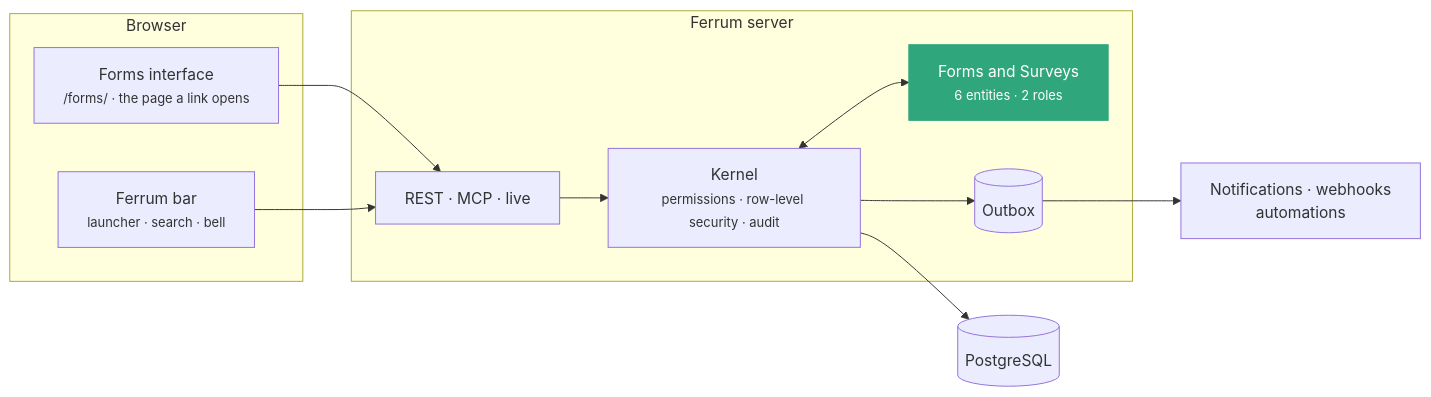
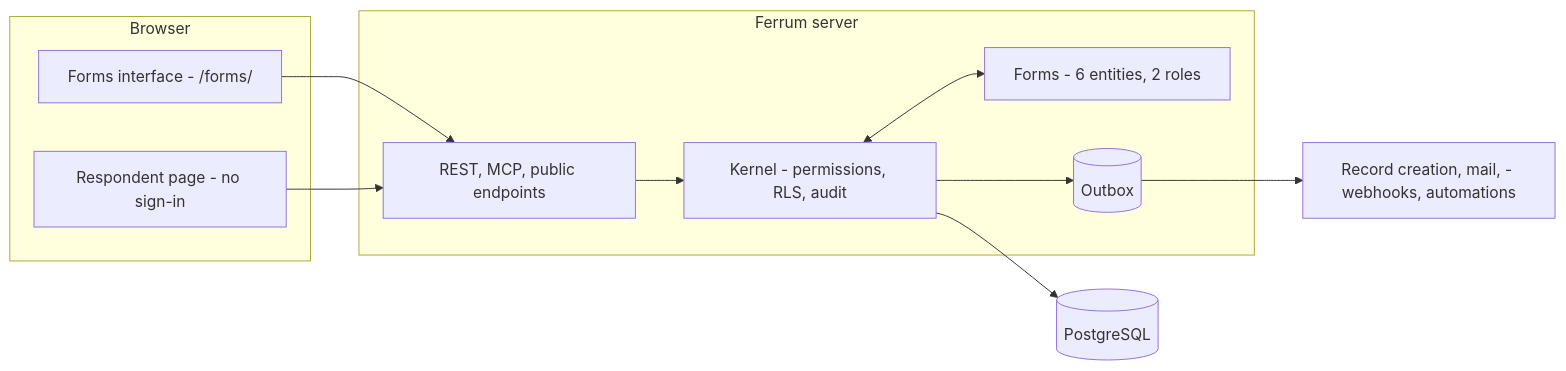
The second of 2 diagrams in README.md (CBFerrum/ferrum-app-forms), drawn with Mermaid before and after one commit. The commit also changed other lines of this file and 16 other files, not shown here.

First line of the commit message:
docs: end-to-end README with screenshots, features, comparison and roadmap

````diff
--- a/README.md
+++ b/README.md
@@ -137,21 +181,18 @@
 ```mermaid
 flowchart LR
     subgraph Browser
-        UI["Forms interface<br/><small>/forms/ · the page a link opens</small>"]
-        BAR["Ferrum bar<br/><small>launcher · search · bell</small>"]
+        UI["Forms interface - /forms/"]
+        RP["Respondent page - no sign-in"]
     end
     subgraph Server["Ferrum server"]
-        API["REST · MCP · live"]
-        K["Kernel<br/><small>permissions · row-level security · audit</small>"]
-        APP["Forms and Surveys<br/><small>6 entities · 2 roles</small>"]
+        API["REST, MCP, public endpoints"]
+        K["Kernel - permissions, RLS, audit"]
+        APP["Forms - 6 entities, 2 roles"]
         OB[("Outbox")]
     end
     DB[("PostgreSQL")]
     UI --> API --> K --> DB
-    BAR --> API
+    RP --> API
     K <--> APP
-    K --> OB --> EV["Notifications · webhooks<br/>automations"]
-
-    classDef app fill:#30a67d,color:#fff,stroke:#30a67d
-    class APP app
+    K --> OB --> EV["Record creation, mail, - webhooks, automations"]
 ```
````
